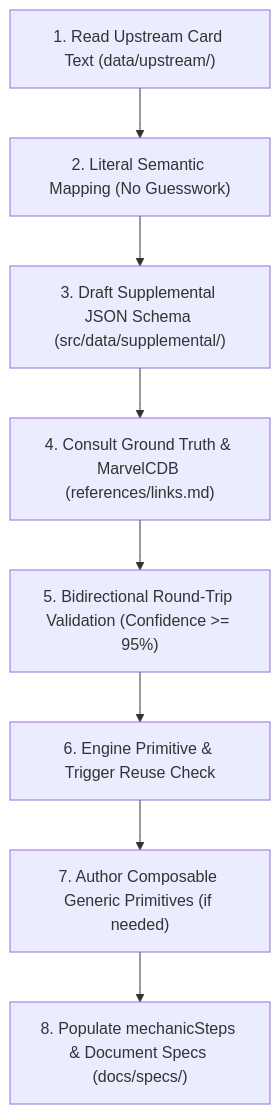
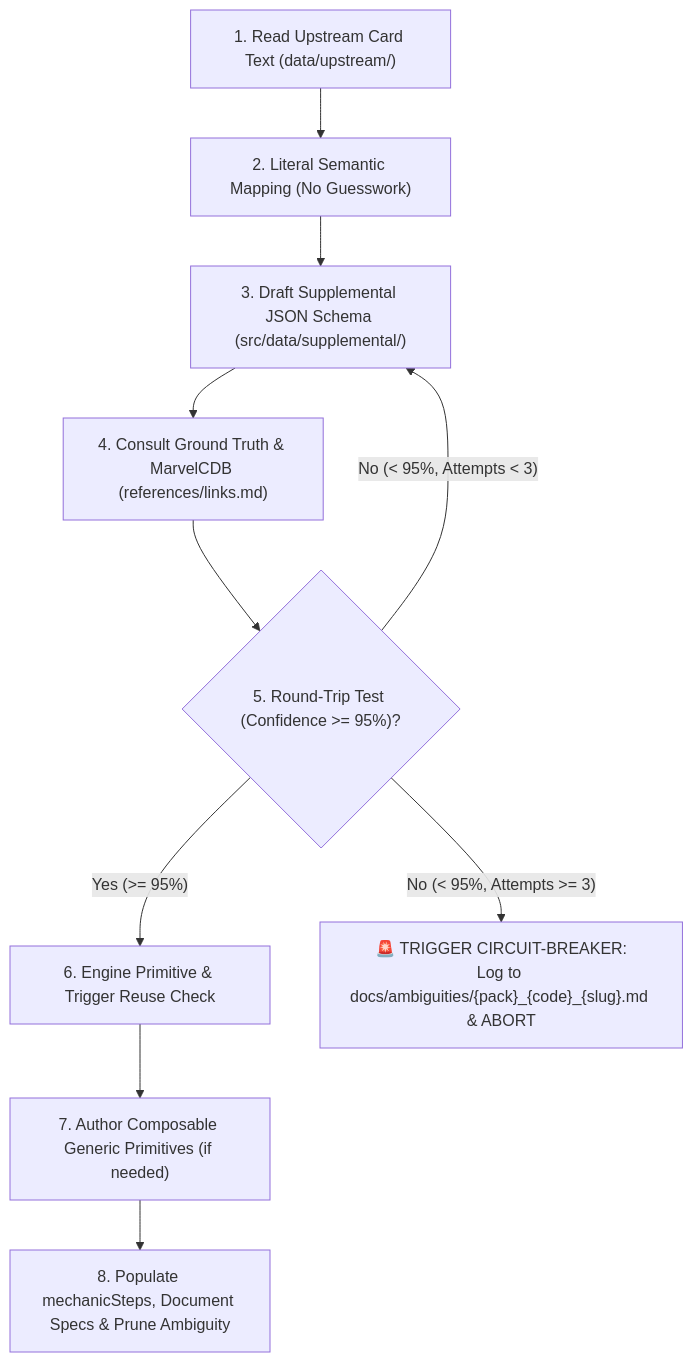
One commit to SteveRodrigue/MCD changed the diagram in docs/guidelines/card_integration_protocol.md. Above: the diagram before and after it, drawn with Mermaid. The commit also changed other lines of this file and 5 other files, not shown here.

Commit message:
feat(protocol): implement 3-iteration circuit-breaker and inbox-zero ambiguity queue in docs/ambiguities/

````diff
--- a/docs/guidelines/card_integration_protocol.md
+++ b/docs/guidelines/card_integration_protocol.md
@@ -20,10 +22,13 @@
 ```mermaid
 flowchart TD
     S1["1. Read Upstream Card Text (data/upstream/)"] --> S2["2. Literal Semantic Mapping (No Guesswork)"]
     S2 --> S3["3. Draft Supplemental JSON Schema (src/data/supplemental/)"]
     S3 --> S4["4. Consult Ground Truth & MarvelCDB (references/links.md)"]
-    S4 --> S5["5. Bidirectional Round-Trip Validation (Confidence >= 95%)"]
-    S5 --> S6["6. Engine Primitive & Trigger Reuse Check"]
+    S4 --> S5{"5. Round-Trip Test (Confidence >= 95%)?"}
+    S5 -- "Yes (>= 95%)" --> S6["6. Engine Primitive & Trigger Reuse Check"]
+    S5 -- "No (< 95%, Attempts < 3)" --> S3
+    S5 -- "No (< 95%, Attempts >= 3)" --> CB["🚨 TRIGGER CIRCUIT-BREAKER:
+Log to docs/ambiguities/{pack}_{code}_{slug}.md & ABORT"]
     S6 --> S7["7. Author Composable Generic Primitives (if needed)"]
-    S7 --> S8["8. Populate mechanicSteps & Document Specs (docs/specs/)"]
+    S7 --> S8["8. Populate mechanicSteps, Document Specs & Prune Ambiguity"]
 ```
````
